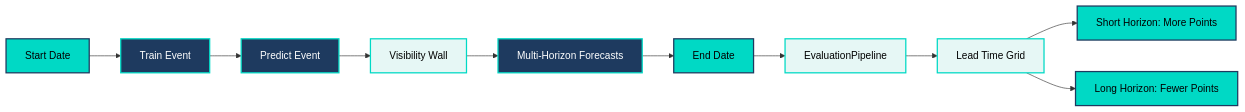
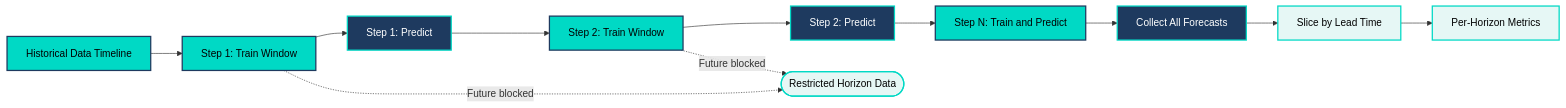
One commit to OpenSTEF/openstef changed the diagram in docs/source/diagrams/user_guide/guides/backtesting_diagram_1.mmd. Above: the diagram before and after it, drawn with Mermaid. The commit also changed 7 other files, not shown here.

Commit message:
docs: add generated Mermaid diagrams for release release/v4.0.0

```diff
--- a/docs/source/diagrams/user_guide/guides/backtesting_diagram_1.mmd
+++ b/docs/source/diagrams/user_guide/guides/backtesting_diagram_1.mmd
@@ -1,19 +1,20 @@
 graph LR
-    A[Start Date] --> B[Train Event]
-    B --> C[Predict Event]
-    C --> D[Visibility Wall]
-    D --> E[Multi-Horizon Forecasts]
-    E --> F[End Date]
-    F --> G[EvaluationPipeline]
-    G --> H[Lead Time Grid]
-    H --> I[Short Horizon: More Points]
-    H --> J[Long Horizon: Fewer Points]
+    A[Historical Data Timeline] --> B[Step 1: Train Window]
+    B --> C[Step 1: Predict]
+    C --> D[Step 2: Train Window]
+    D --> E[Step 2: Predict]
+    E --> F[Step N: Train and Predict]
+    F --> G[Collect All Forecasts]
+    G --> H[Slice by Lead Time]
+    H --> I[Per-Horizon Metrics]
+
+    B -.->|"Future blocked"| J([Restricted Horizon Data])
+    D -.->|"Future blocked"| J
 
     classDef primary fill:#00D9C5,stroke:#1E3A5F,stroke-width:2px,color:#000
     classDef secondary fill:#1E3A5F,stroke:#00D9C5,stroke-width:2px,color:#fff
     classDef accent fill:#e6f7f5,stroke:#00D9C5,stroke-width:2px,color:#000
 
-    class A,F primary
-    class B,C,E secondary
-    class D,G,H accent
-    class I,J primary
+    class A,B,D,F primary
+    class C,E,G secondary
+    class H,I,J accent
```
